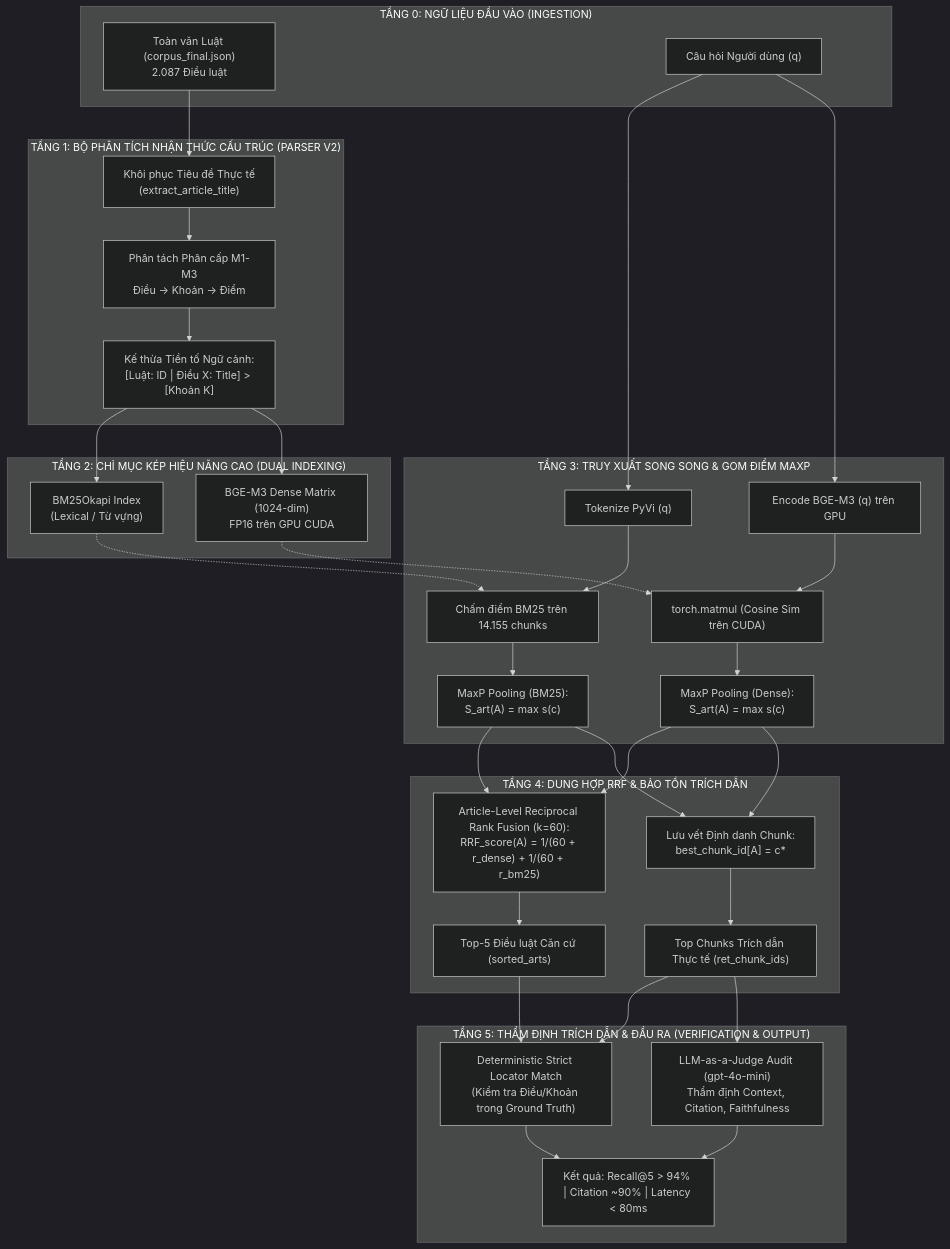
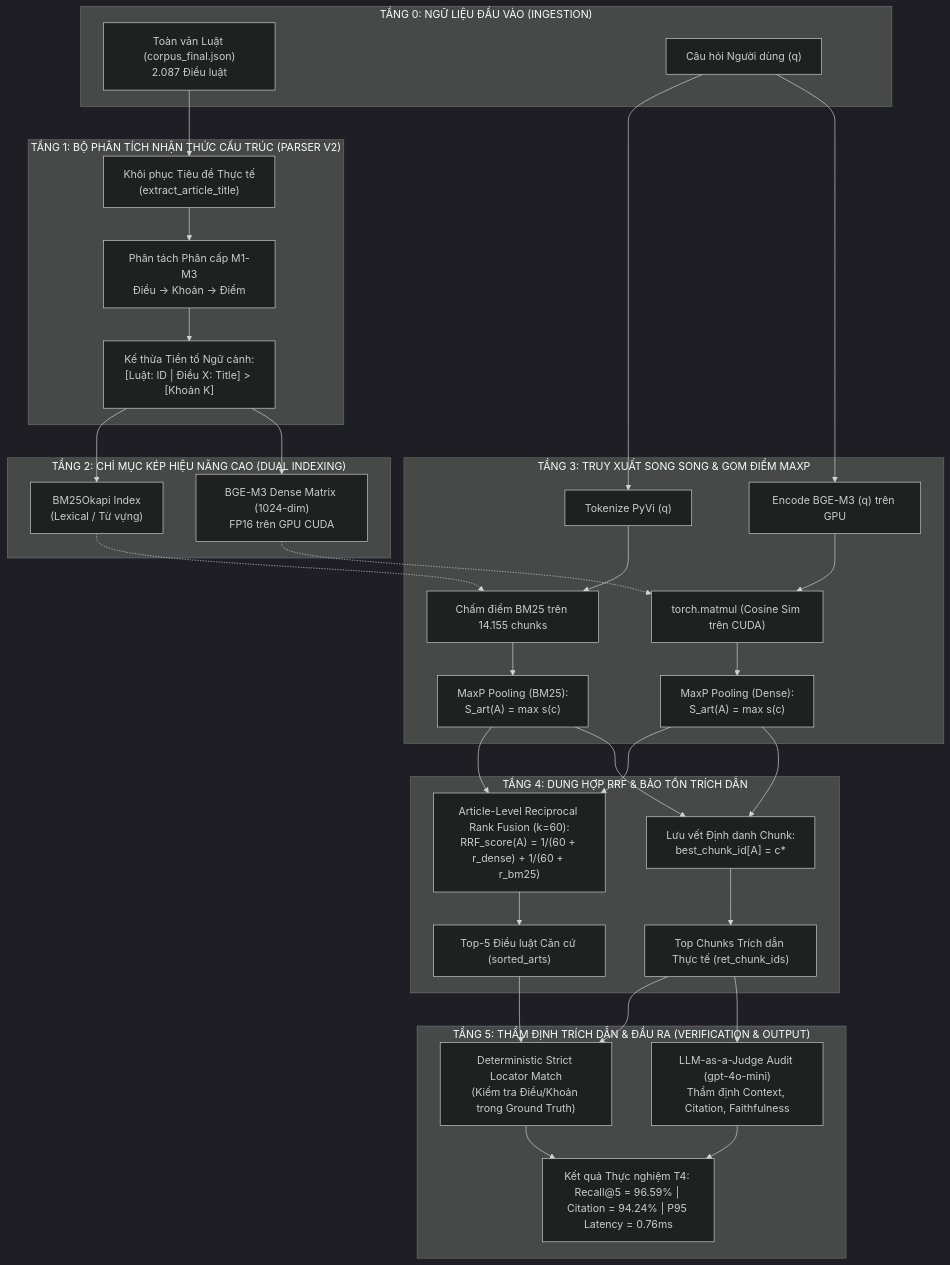
The diagram in docs/system_architecture.md (luuthanhlam04-cloud/hybrid-parser-nckh), drawn with Mermaid (dark theme) before and after one commit. The commit also changed other lines of this file and 1 other file, not shown here.

Commit message:
docs(benchmark): sync empirical numbers into system architecture and defense strategy docs

````diff
--- a/docs/system_architecture.md
+++ b/docs/system_architecture.md
@@ -37,69 +37,69 @@
 ```mermaid
 flowchart TD
     subgraph S1 ["TẦNG 0: NGỮ LIỆU ĐẦU VÀO (INGESTION)"]
         RawCorpus["Toàn văn Luật (corpus_final.json)<br/>2.087 Điều luật"]
         QueryIn["Câu hỏi Người dùng (q)"]
     end
 
     subgraph S2 ["TẦNG 1: BỘ PHÂN TÍCH NHẬN THỨC CẤU TRÚC (PARSER V2)"]
         TitleRec["Khôi phục Tiêu đề Thực tế<br/>(extract_article_title)"]
         HierChunk["Phân tách Phân cấp M1-M3<br/>Điều -> Khoản -> Điểm"]
         PrefixInj["Kế thừa Tiền tố Ngữ cảnh:<br/>[Luật: ID | Điều X: Title] > [Khoản K]"]
         
         RawCorpus --> TitleRec --> HierChunk --> PrefixInj
     end
 
     subgraph S3 ["TẦNG 2: CHỈ MỤC KÉP HIỆU NĂNG CAO (DUAL INDEXING)"]
         BM25Idx["BM25Okapi Index<br/>(Lexical / Từ vựng)"]
         DenseIdx["BGE-M3 Dense Matrix (1024-dim)<br/>FP16 trên GPU CUDA"]
         
         PrefixInj --> BM25Idx
         PrefixInj --> DenseIdx
     end
 
     subgraph S4 ["TẦNG 3: TRUY XUẤT SONG SONG & GOM ĐIỂM MAXP"]
         Q_Tok["Tokenize PyVi (q)"]
         Q_Dense["Encode BGE-M3 (q) trên GPU"]
         
         QueryIn --> Q_Tok --> BM25_Score["Chấm điểm BM25 trên 14.155 chunks"]
         QueryIn --> Q_Dense --> CUDA_Matmul["torch.matmul (Cosine Sim trên CUDA)"]
         
         BM25Idx -.-> BM25_Score
         DenseIdx -.-> CUDA_Matmul
         
         MaxP_BM25["MaxP Pooling (BM25):<br/>S_art(A) = max s(c)"]
         MaxP_Dense["MaxP Pooling (Dense):<br/>S_art(A) = max s(c)"]
         
         BM25_Score --> MaxP_BM25
         CUDA_Matmul --> MaxP_Dense
     end
 
     subgraph S5 ["TẦNG 4: DUNG HỢP RRF & BẢO TỒN TRÍCH DẪN"]
         RRF["Article-Level Reciprocal Rank Fusion (k=60):<br/>RRF_score(A) = 1/(60 + r_dense) + 1/(60 + r_bm25)"]
         BestChunkMap["Lưu vết Định danh Chunk:<br/>best_chunk_id[A] = c*"]
         
         MaxP_BM25 --> RRF
         MaxP_Dense --> RRF
         MaxP_Dense --> BestChunkMap
         MaxP_BM25 --> BestChunkMap
         
         TopK["Top-5 Điều luật Căn cứ (sorted_arts)"]
         TopChunks["Top Chunks Trích dẫn Thực tế (ret_chunk_ids)"]
         
         RRF --> TopK
         BestChunkMap --> TopChunks
     end
 
     subgraph S6 ["TẦNG 5: THẨM ĐỊNH TRÍCH DẪN & ĐẦU RA (VERIFICATION & OUTPUT)"]
         DetVerify["Deterministic Strict Locator Match<br/>(Kiểm tra Điều/Khoản trong Ground Truth)"]
         LLMJudge["LLM-as-a-Judge Audit (gpt-4o-mini)<br/>Thẩm định Context, Citation, Faithfulness"]
         
         TopK --> DetVerify
         TopChunks --> DetVerify
         TopChunks --> LLMJudge
         
-        FinalOut["Kết quả: Recall@5 > 94% | Citation ~90% | Latency < 80ms"]
+        FinalOut["Kết quả Thực nghiệm T4: Recall@5 = 96.59% | Citation = 94.24% | P95 Latency = 0.76ms"]
         DetVerify --> FinalOut
         LLMJudge --> FinalOut
     end
 ```
````
